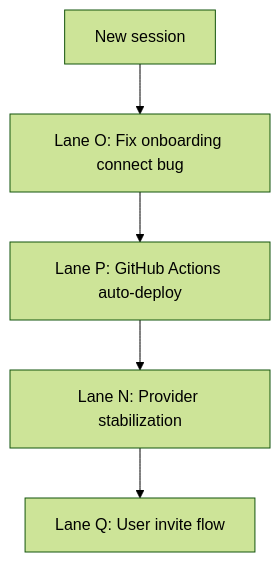
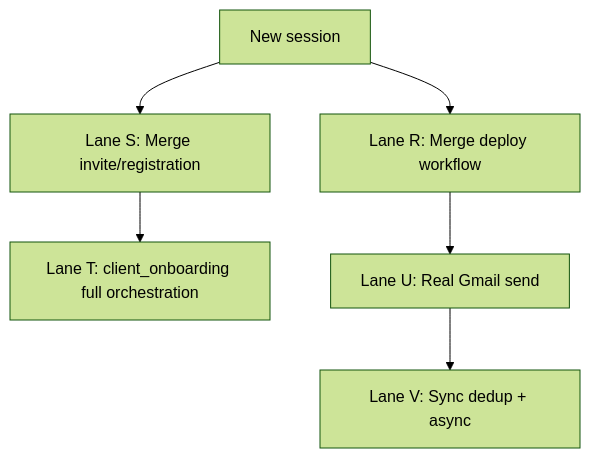
The diagram in docs/planning/next_session_handoff.md (mbiv33/FlavorOS_1.5), drawn with Mermaid (forest theme) before and after one commit. The commit also changed other lines of this file and 6 other files, not shown here.

First line of the commit message:
feat(lane-u): real Gmail send via ComposioGmailOutboundAdapter + planning doc refresh

````diff
--- a/docs/planning/next_session_handoff.md
+++ b/docs/planning/next_session_handoff.md
@@ -94,13 +98,15 @@
 ```mermaid
 flowchart TD
   start[New session]
-  fix_onboard[Lane O: Fix onboarding connect bug]
-  auto_deploy[Lane P: GitHub Actions auto-deploy]
-  stabilize[Lane N: Provider stabilization]
-  invite[Lane Q: User invite flow]
+  merge_p[Lane R: Merge deploy workflow]
+  merge_q[Lane S: Merge invite/registration]
+  onboarding_skill[Lane T: client_onboarding full orchestration]
+  gmail_send[Lane U: Real Gmail send]
+  sync_harden[Lane V: Sync dedup + async]
 
-  start --> fix_onboard
-  fix_onboard --> auto_deploy
-  auto_deploy --> stabilize
-  stabilize --> invite
+  start --> merge_p
+  start --> merge_q
+  merge_q --> onboarding_skill
+  merge_p --> gmail_send
+  gmail_send --> sync_harden
 ```
````
